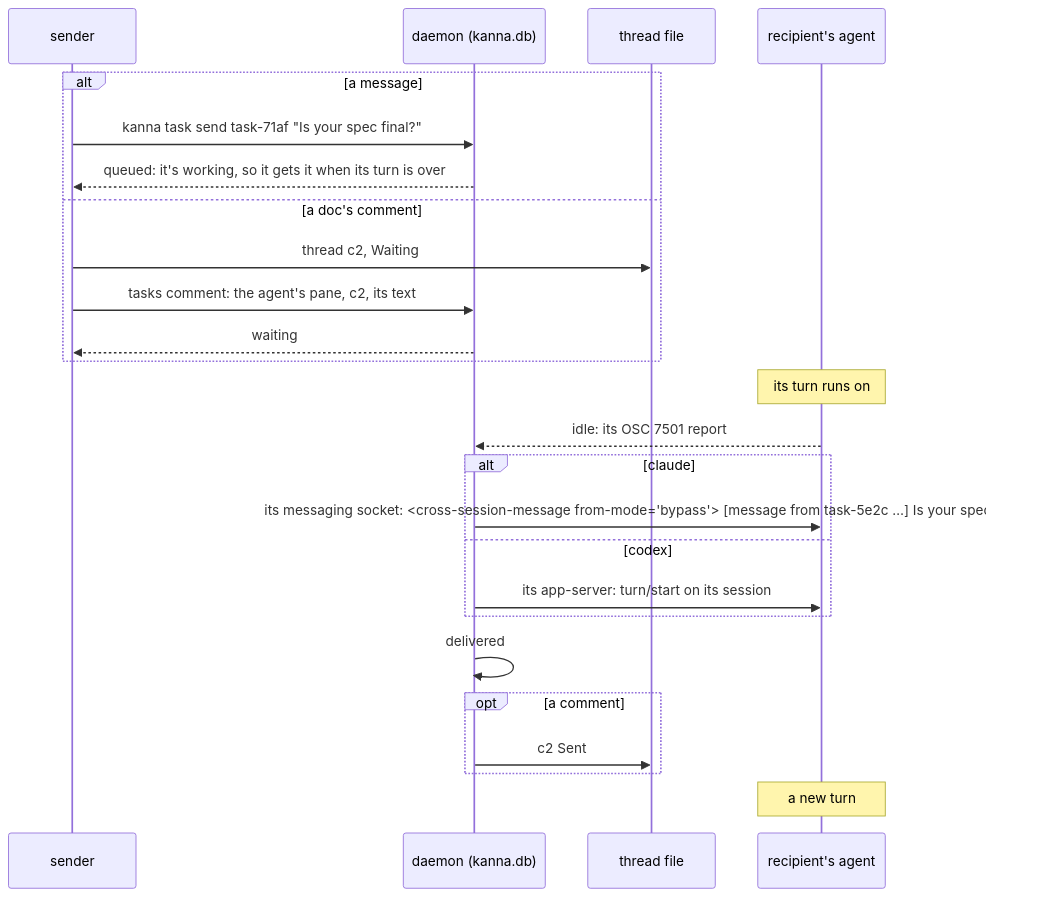
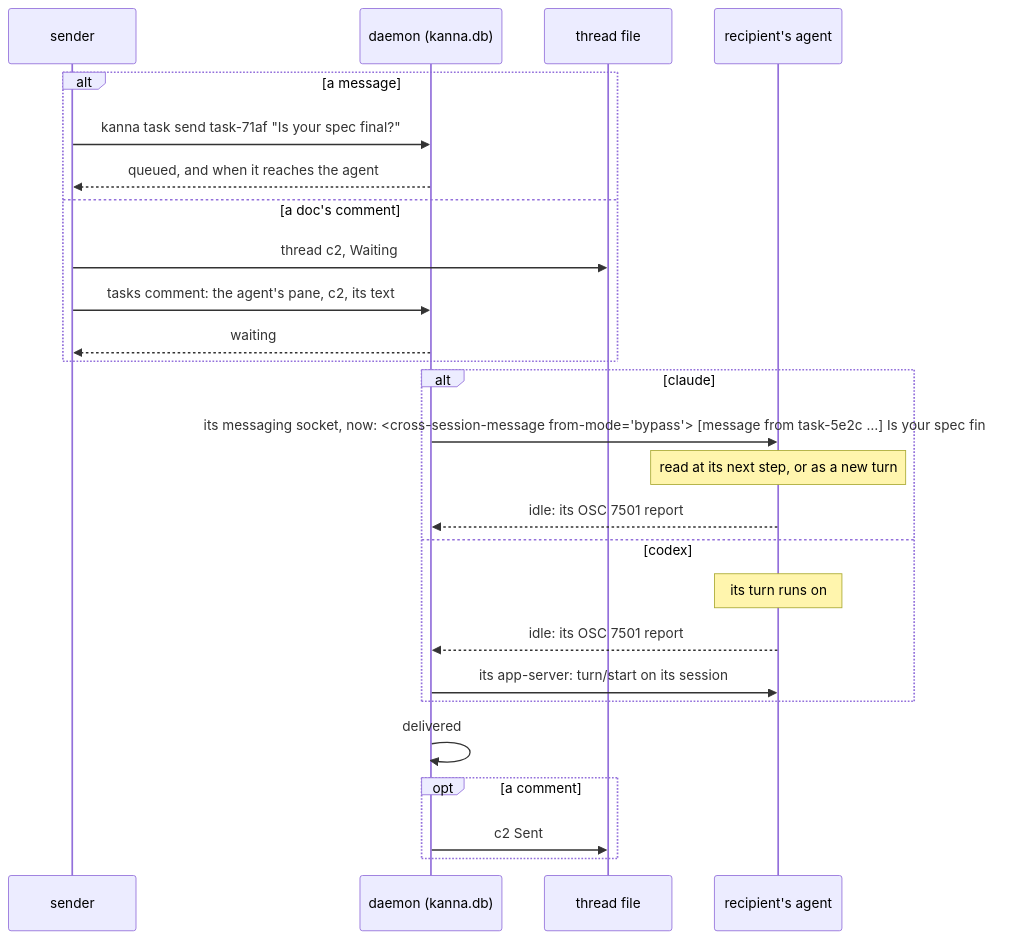
The second of 3 diagrams in docs/specs/agent-messaging.md (tampopogk/kanna), drawn with Mermaid before and after one commit. The commit also changed other lines of this file and 17 other files, not shown here.

````diff
--- a/docs/specs/agent-messaging.md
+++ b/docs/specs/agent-messaging.md
@@ -37,27 +37,28 @@
 ```mermaid
 sequenceDiagram
     participant S as sender
     participant D as daemon (kanna.db)
     participant F as thread file
     participant T as recipient's agent
     alt a message
         S->>D: kanna task send task-71af "Is your spec final?"
-        D-->>S: queued: it's working, so it gets it when its turn is over
+        D-->>S: queued, and when it reaches the agent
     else a doc's comment
         S->>F: thread c2, Waiting
         S->>D: tasks comment: the agent's pane, c2, its text
         D-->>S: waiting
     end
-    Note over T: its turn runs on
-    T-->>D: idle: its OSC 7501 report
     alt claude
-        D->>T: its messaging socket: <cross-session-message from-mode="bypass"> [message from task-5e2c …] Is your spec final?
+        D->>T: its messaging socket, now: <cross-session-message from-mode="bypass"> [message from task-5e2c …] Is your spec final?
+        Note over T: read at its next step, or as a new turn
+        T-->>D: idle: its OSC 7501 report
     else codex
+        Note over T: its turn runs on
+        T-->>D: idle: its OSC 7501 report
         D->>T: its app-server: turn/start on its session
     end
     D->>D: delivered
     opt a comment
         D->>F: c2 Sent
     end
-    Note over T: a new turn
 ```
````
